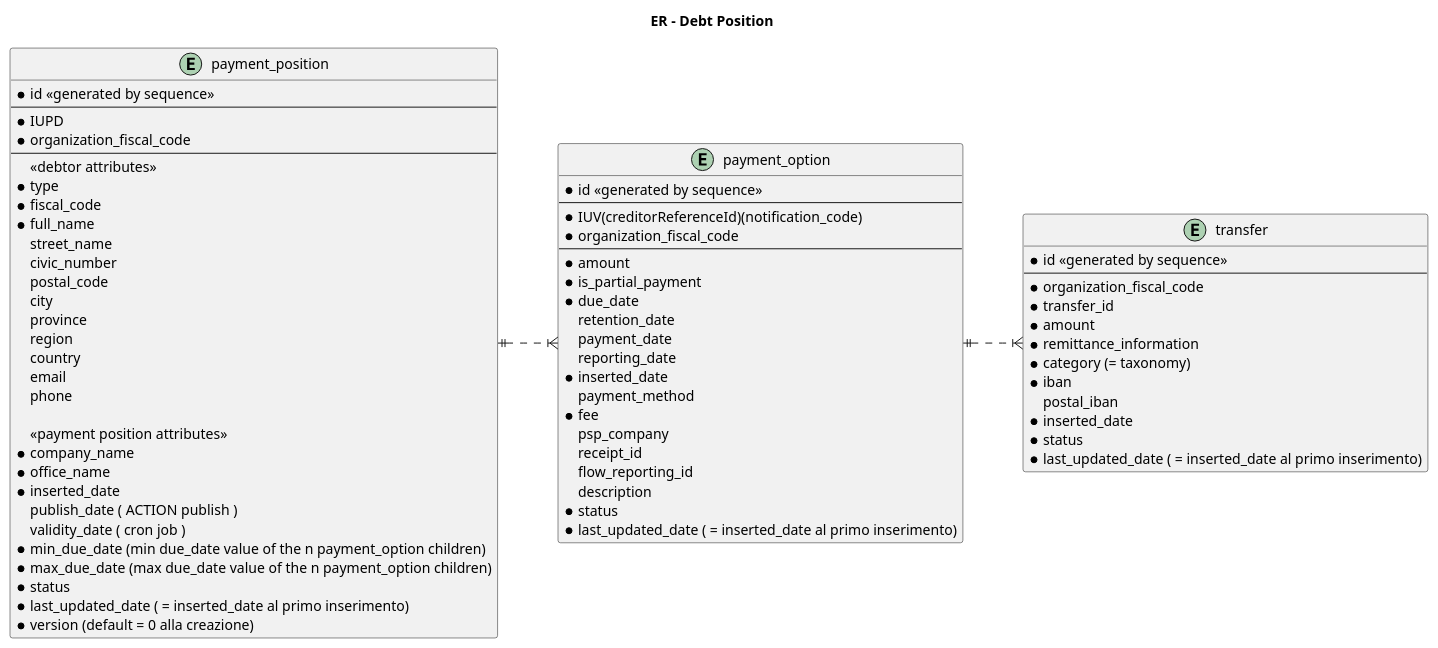
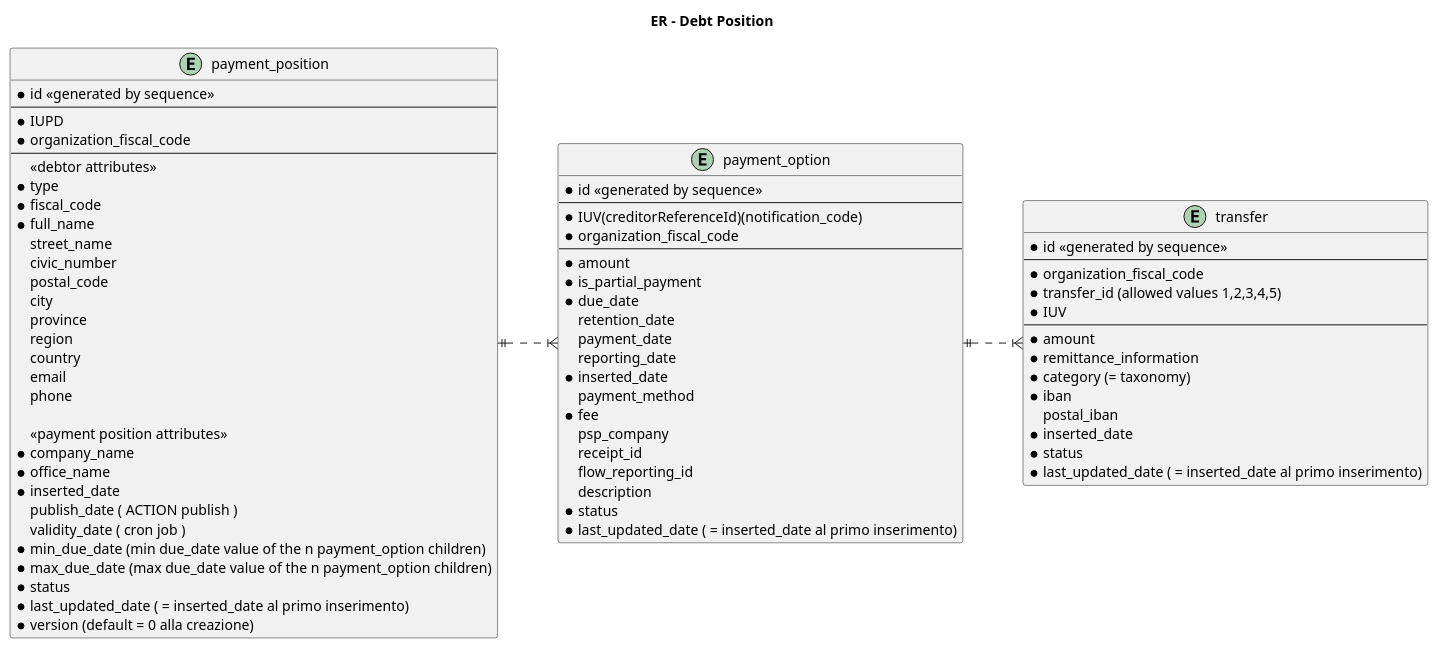
Before and after one commit to pagopa/pagopa-debt-position: the diagram in gpd/doc/db/re.puml, drawn with PlantUML. The commit also changed 10 other files, not shown here.

```diff
--- a/gpd/doc/db/re.puml
+++ b/gpd/doc/db/re.puml
@@ -1,82 +1,84 @@
 @startuml ER-debtPosition
 left to right direction
 
 title ER - Debt Position
 
 
 entity payment_position {
   * id <<generated by sequence>>
   --
   * IUPD
   * organization_fiscal_code
   --
   <<debtor attributes>>
   * type
   * fiscal_code
   * full_name
   street_name
   civic_number
   postal_code
   city
   province
   region
   country
   email
   phone
   
   <<payment position attributes>>
   * company_name
   * office_name
   * inserted_date 
     publish_date ( ACTION publish )
     validity_date ( cron job )
   * min_due_date (min due_date value of the n payment_option children) 
   * max_due_date (max due_date value of the n payment_option children) 
   * status 
   * last_updated_date ( = inserted_date al primo inserimento)
   * version (default = 0 alla creazione)
 }
 
 
 entity payment_option {
   * id <<generated by sequence>>
   --
   * IUV(creditorReferenceId)(notification_code)
   * organization_fiscal_code
   --
   * amount
   * is_partial_payment
   * due_date
     retention_date
     payment_date
     reporting_date
   * inserted_date
     payment_method
   * fee
     psp_company
     receipt_id
     flow_reporting_id
     description
   * status
   * last_updated_date ( = inserted_date al primo inserimento)
 }
 
 
 entity transfer {
   * id <<generated by sequence>>
   --
   * organization_fiscal_code
-  * transfer_id
+  * transfer_id (allowed values 1,2,3,4,5)
+  * IUV
+  --
   * amount
   * remittance_information
   * category (= taxonomy)
   * iban
     postal_iban
   * inserted_date
   * status
   * last_updated_date ( = inserted_date al primo inserimento) 
 }
 
 payment_position ||..|{ payment_option
 payment_option ||..|{ transfer
 @enduml
```
